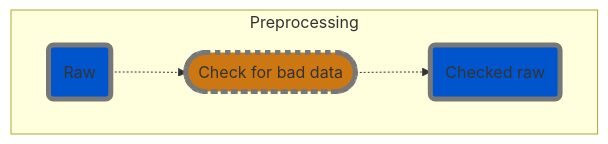
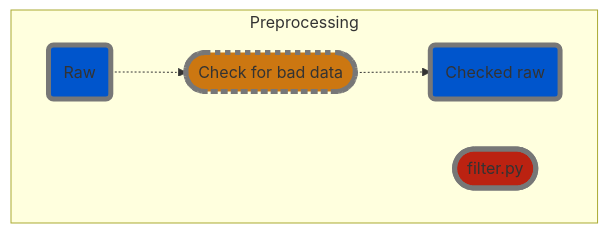
One commit to hiroyoshi-yamasaki/MNE-MVPA changed the diagram in README.md. Above: the diagram before and after it, drawn with Mermaid.

Commit message:
mermaid not working on github

````diff
--- a/README.md
+++ b/README.md
@@ -4,25 +4,25 @@
 ```mermaid
 graph TD
     %% Processes
     classDef automatic_process fill: #b21, stroke-width: 5px, stroke: #777
     classDef manual_process fill: #c71, stroke-width: 5px, stroke: #777, stroke-dasharray: 5, 5;
     
     %% Data
     classDef mne_data fill: #05c, stroke-width: 5px, stroke: #777
     classDef event_data fill: #260, stroke-width: 5px, stroke: #777
     classDef other_data fill: #55c, stroke-width: 5px, stroke: #777
 
     %% Preprocessing MEG data
     subgraph "Preprocessing"
     
         %% Manual check for bad channels, artefacts etc.
         raw_data("Raw"):::mne_data -.-> check_raw(["Check for bad data"]):::manual_process;
         check_raw -.-> checked_raw("Checked raw"):::mne_data;
     
         %% Filter the data
-        %%checked_raw --> filter(["filter.py"]):::automatic_process;
+        filter(["filter.py"]):::automatic_process;
         %%filter --> filtered_raw("Filtered raw"):::mne_data;
         
     end
     
 ```
````
